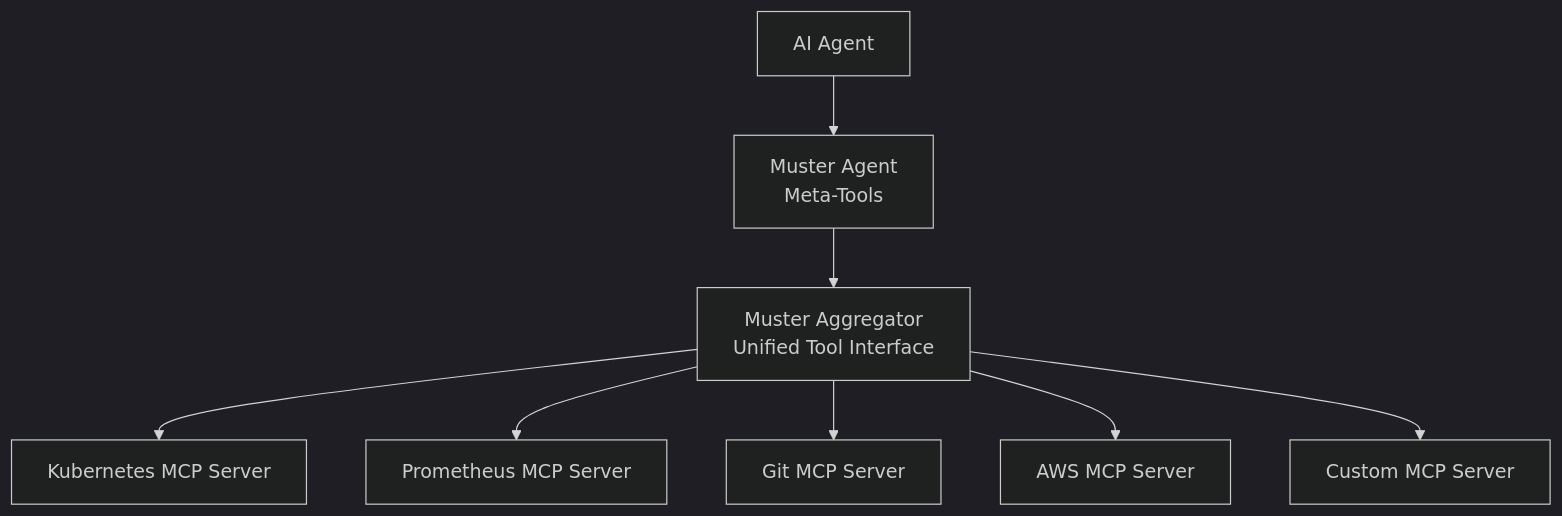
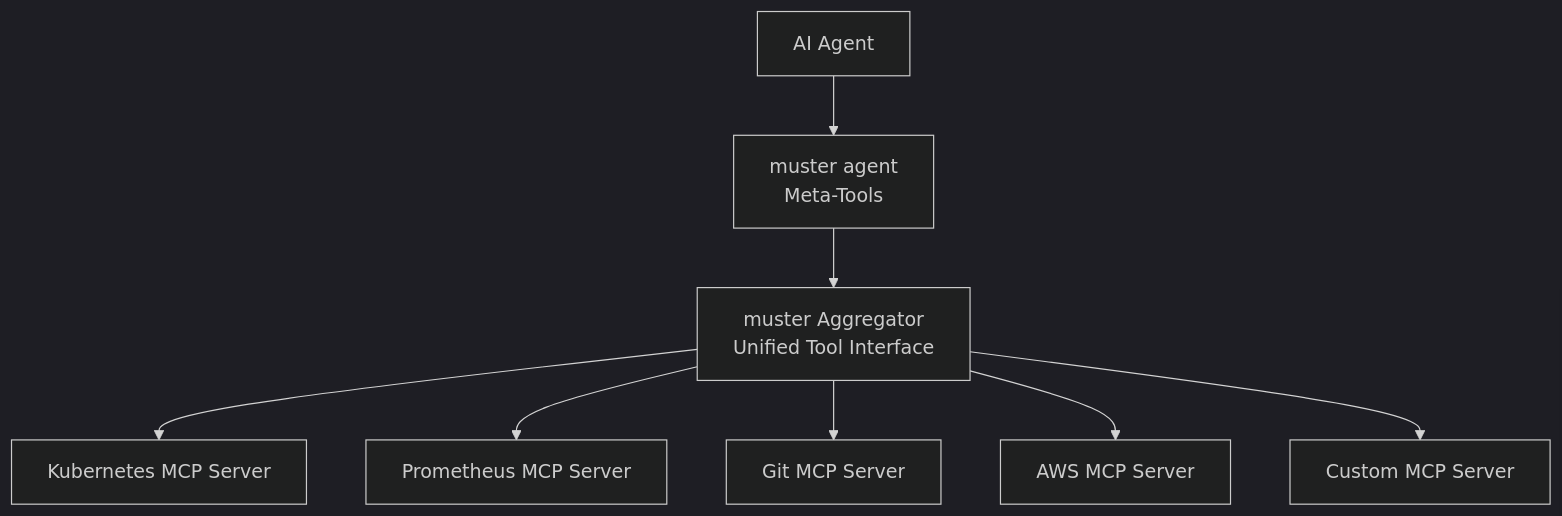
Before and after one commit to giantswarm/muster: the second of 4 diagrams in docs/explanation/mcp-aggregation.md, drawn with Mermaid (dark theme). The commit also changed other lines of this file and 129 other files, not shown here.

````diff
--- a/docs/explanation/mcp-aggregation.md
+++ b/docs/explanation/mcp-aggregation.md
@@ -44,13 +44,13 @@
 ```mermaid
 graph TB
     Agent[AI Agent]
 
-    Agent --> MusterAgent[Muster Agent<br/>Meta-Tools]
-    MusterAgent --> Aggregator[Muster Aggregator<br/>Unified Tool Interface]
+    Agent --> MusterAgent[muster agent<br/>Meta-Tools]
+    MusterAgent --> Aggregator[muster Aggregator<br/>Unified Tool Interface]
 
     Aggregator --> K8s[Kubernetes MCP Server]
     Aggregator --> Prom[Prometheus MCP Server]
     Aggregator --> Git[Git MCP Server]
     Aggregator --> AWS[AWS MCP Server]
     Aggregator --> Custom[Custom MCP Server]
 ```
````
